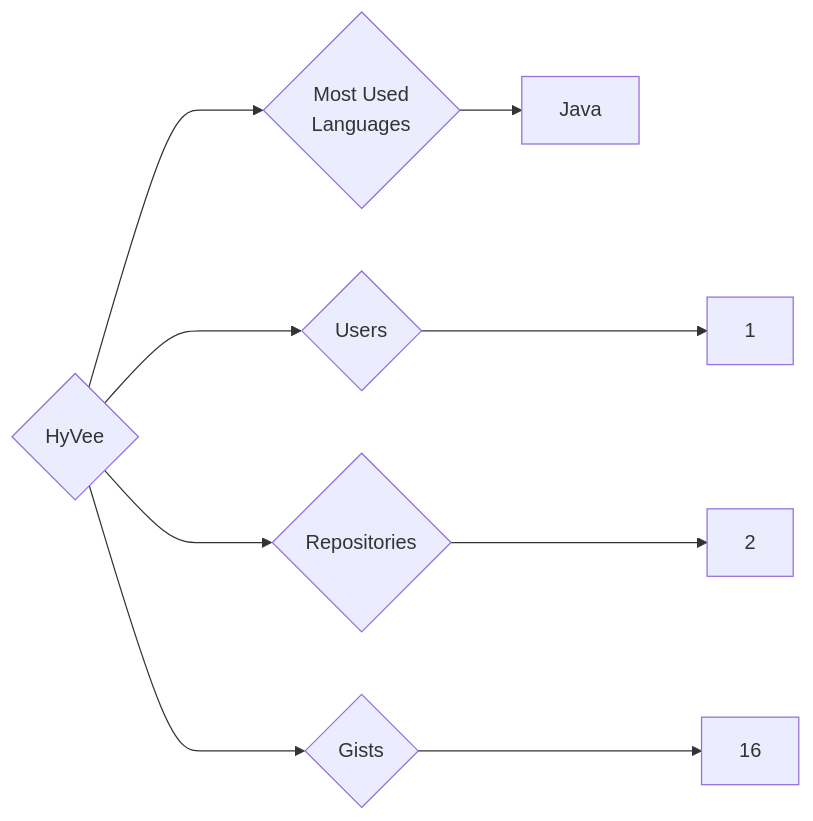
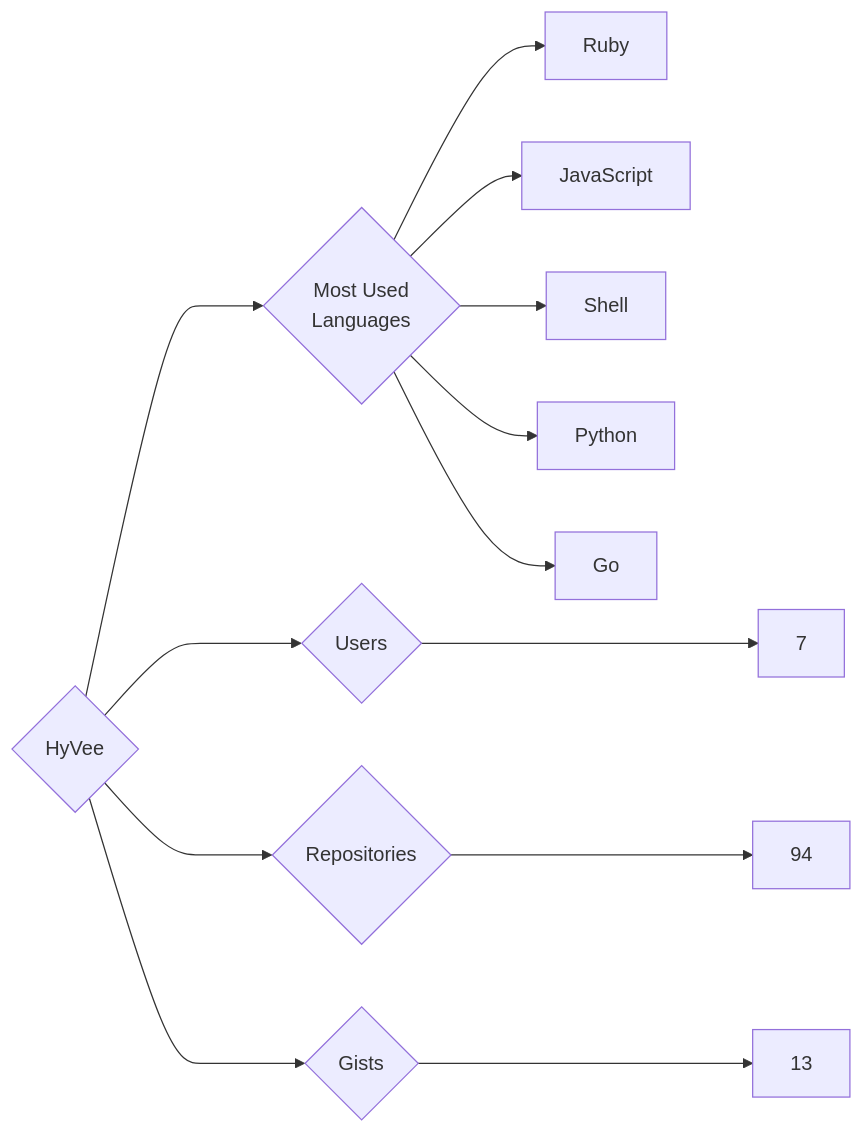
The diagram in targets/HyVee/README.md (trickest/insiders), drawn with Mermaid before and after one commit. The commit also changed 873 other files, not shown here.

````diff
--- a/targets/HyVee/README.md
+++ b/targets/HyVee/README.md
@@ -3,9 +3,13 @@
 ```mermaid
 graph LR
 COMPANY_NAME{HyVee}
-COMPANY_NAME ---> U{Users} ---> UN[1]
-COMPANY_NAME ---> R{Repositories} ---> RN[2]
-COMPANY_NAME ---> G{Gists} ---> GN[16]
+COMPANY_NAME ---> U{Users} ---> UN[7]
+COMPANY_NAME ---> R{Repositories} ---> RN[94]
+COMPANY_NAME ---> G{Gists} ---> GN[13]
 COMPANY_NAME ---> ML{Most Used<br>Languages}
-ML --> Java[Java]
+ML --> Ruby[Ruby]
+ML --> JavaScript[JavaScript]
+ML --> Shell[Shell]
+ML --> Python[Python]
+ML --> Go[Go]
 ```
````
